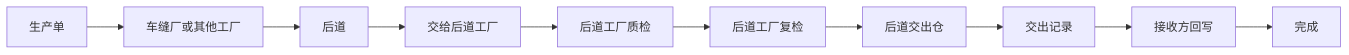
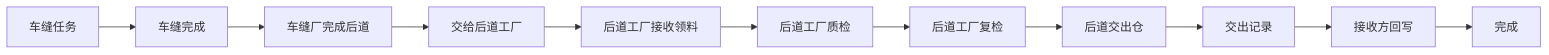
Before and after one commit to laoertongxue/higoods: the fourth of 8 diagrams in docs/fcs-post-finishing-and-craft-tabs.md, drawn with Mermaid. The commit also changed other lines of this file and 29 other files, not shown here.

````diff
--- a/docs/fcs-post-finishing-and-craft-tabs.md
+++ b/docs/fcs-post-finishing-and-craft-tabs.md
@@ -46,12 +47,13 @@
 ```mermaid
 flowchart LR
-  A[生产单] --> B[车缝厂或其他工厂]
-  B --> C[后道]
+  A[车缝任务] --> B[车缝完成]
+  B --> C[车缝厂完成后道]
   C --> D[交给后道工厂]
-  D --> E[后道工厂质检]
-  E --> F[后道工厂复检]
-  F --> G[后道交出仓]
-  G --> H[交出记录]
-  H --> I[接收方回写]
-  I --> J[完成]
+  D --> E[后道工厂接收领料]
+  E --> F[后道工厂质检]
+  F --> G[后道工厂复检]
+  G --> H[后道交出仓]
+  H --> I[交出记录]
+  I --> J[接收方回写]
+  J --> K[完成]
 ```
````
